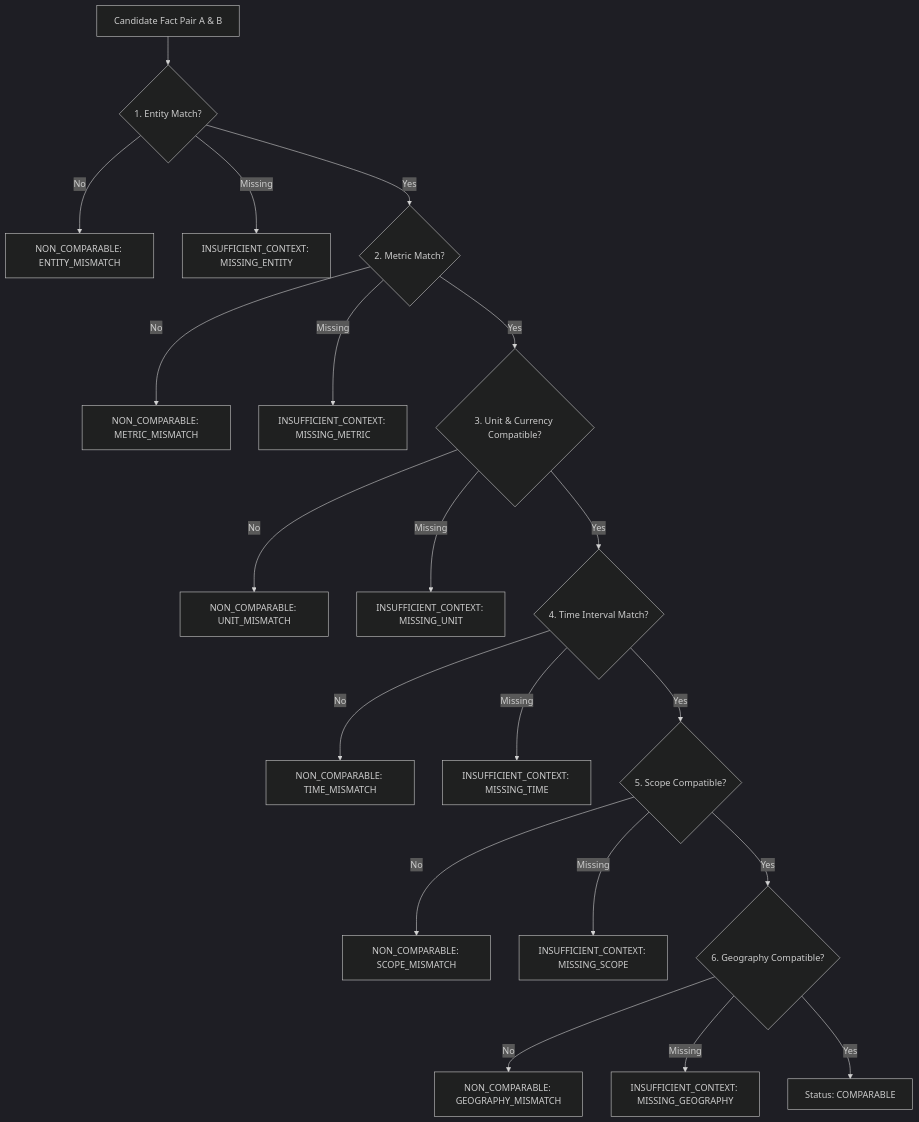
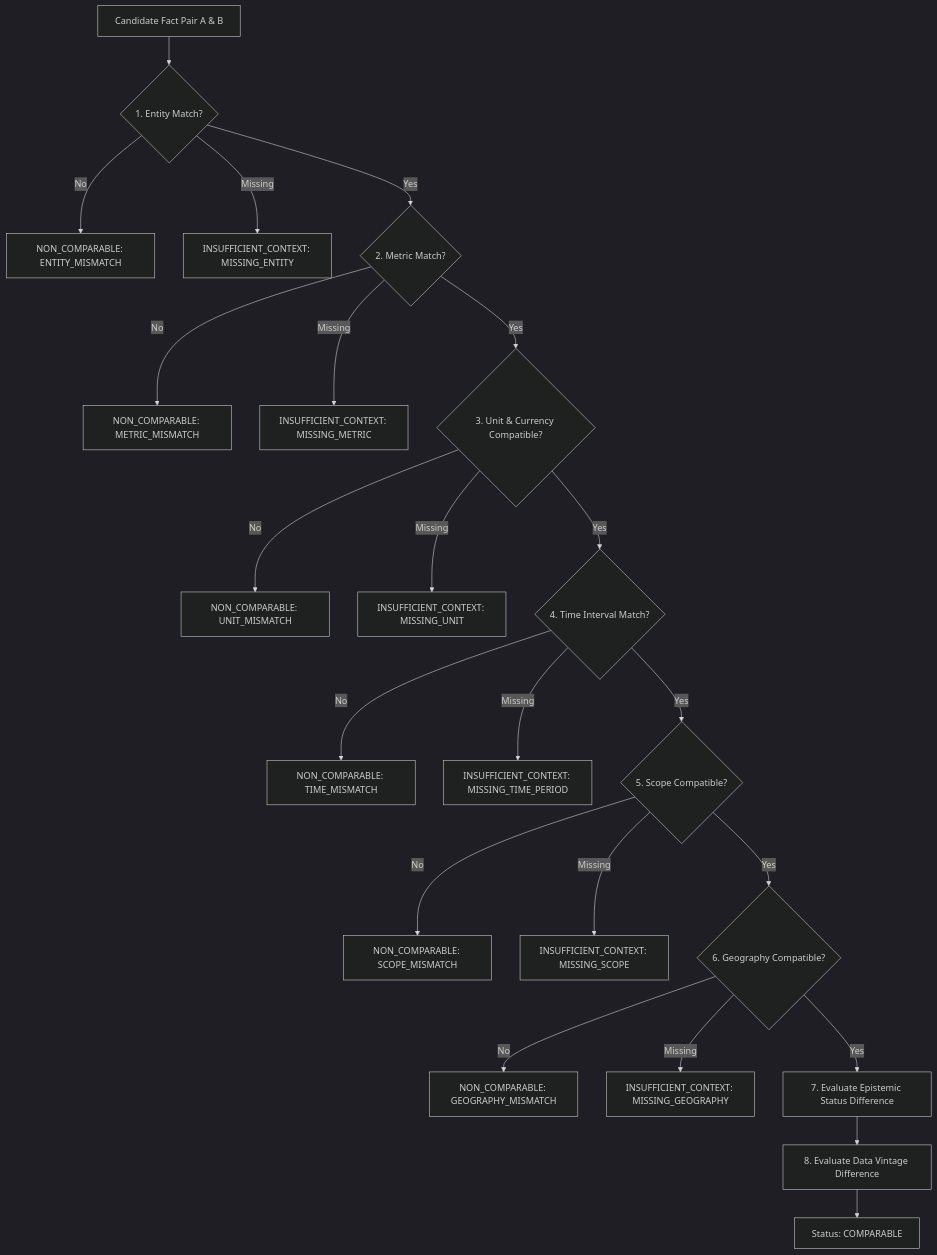
Before and after one commit to VaishnavSreekumar/FACTLINE: the fifth of 8 diagrams in docs/architecture.md, drawn with Mermaid (dark theme). The commit also changed other lines of this file and 1 other file, not shown here.

Commit message:
docs: complete final documentation fact-check, update 8 comparability dimensions, PyMuPDF dependency, and validate all 13 Mermaid diagrams

````diff
--- a/docs/architecture.md
+++ b/docs/architecture.md
@@ -332,27 +333,30 @@
 ```mermaid
 flowchart TD
     Pair[Candidate Fact Pair A & B] --> D1{1. Entity Match?}
     D1 -- No --> R1[NON_COMPARABLE: ENTITY_MISMATCH]
     D1 -- Missing --> U1[INSUFFICIENT_CONTEXT: MISSING_ENTITY]
     D1 -- Yes --> D2{2. Metric Match?}
     
     D2 -- No --> R2[NON_COMPARABLE: METRIC_MISMATCH]
     D2 -- Missing --> U2[INSUFFICIENT_CONTEXT: MISSING_METRIC]
     D2 -- Yes --> D3{3. Unit & Currency Compatible?}
     
     D3 -- No --> R3[NON_COMPARABLE: UNIT_MISMATCH]
     D3 -- Missing --> U3[INSUFFICIENT_CONTEXT: MISSING_UNIT]
     D3 -- Yes --> D4{4. Time Interval Match?}
     
     D4 -- No --> R4[NON_COMPARABLE: TIME_MISMATCH]
-    D4 -- Missing --> U4[INSUFFICIENT_CONTEXT: MISSING_TIME]
+    D4 -- Missing --> U4[INSUFFICIENT_CONTEXT: MISSING_TIME_PERIOD]
     D4 -- Yes --> D5{5. Scope Compatible?}
     
     D5 -- No --> R5[NON_COMPARABLE: SCOPE_MISMATCH]
     D5 -- Missing --> U5[INSUFFICIENT_CONTEXT: MISSING_SCOPE]
     D5 -- Yes --> D6{6. Geography Compatible?}
     
     D6 -- No --> R6[NON_COMPARABLE: GEOGRAPHY_MISMATCH]
     D6 -- Missing --> U6[INSUFFICIENT_CONTEXT: MISSING_GEOGRAPHY]
-    D6 -- Yes --> Comp[Status: COMPARABLE]
+    D6 -- Yes --> D7[7. Evaluate Epistemic Status Difference]
+    
+    D7 --> D8[8. Evaluate Data Vintage Difference]
+    D8 --> Comp[Status: COMPARABLE]
 ```
````
